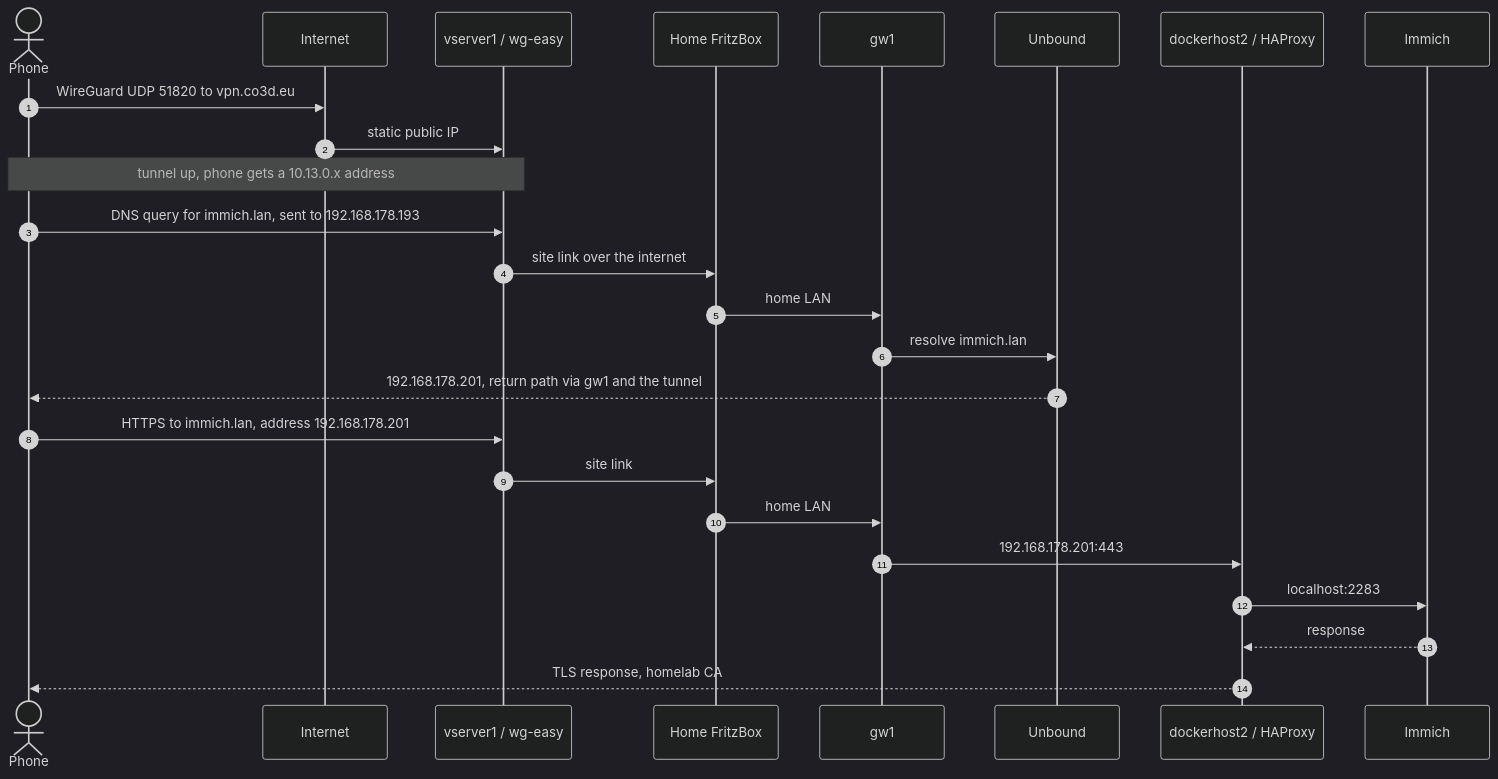
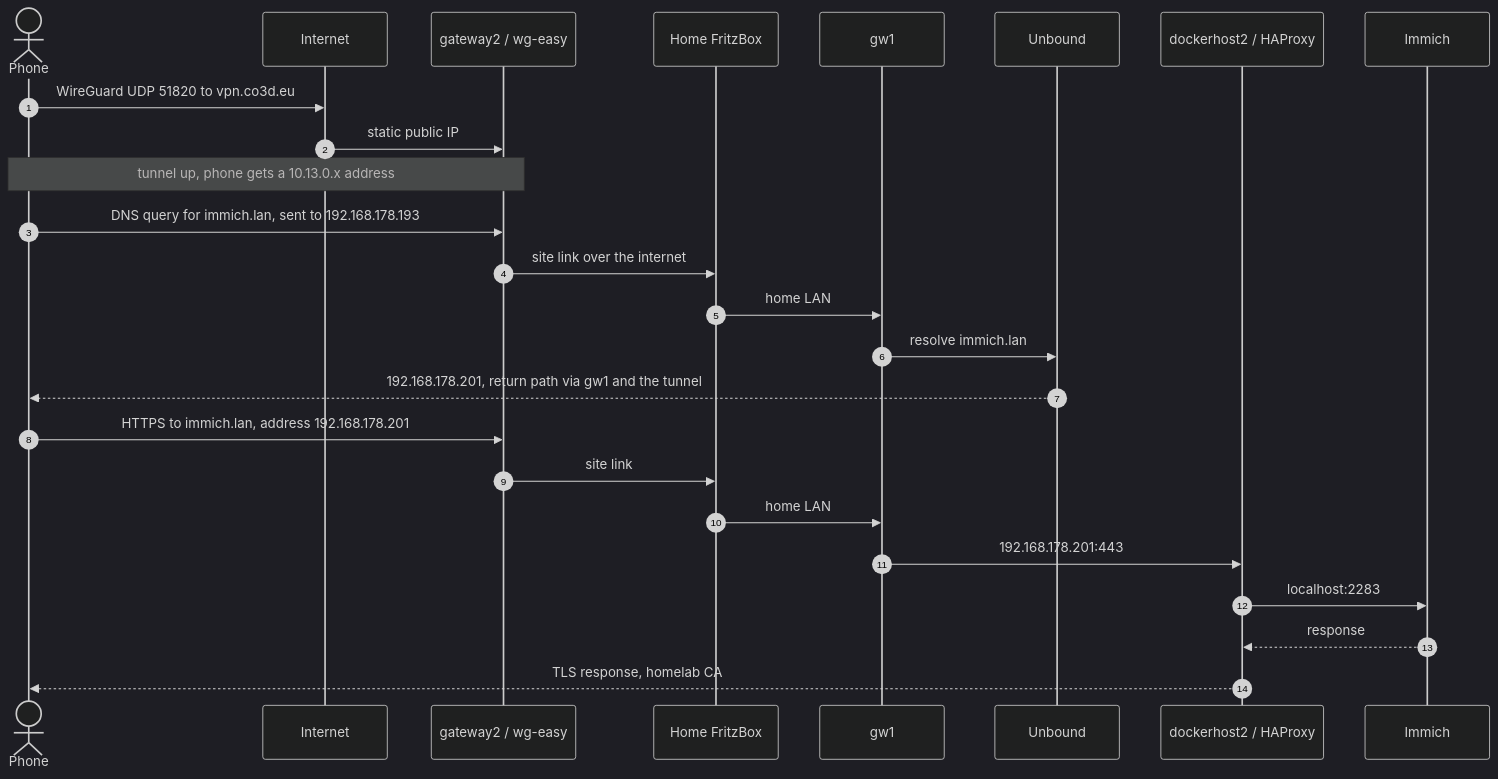
Before and after one commit to rocketpie/homelab: the second of 5 diagrams in context/guides/network/design.md, drawn with Mermaid (dark theme). The commit also changed other lines of this file and 15 other files, not shown here.

````diff
--- a/context/guides/network/design.md
+++ b/context/guides/network/design.md
@@ -100,28 +100,28 @@
 ```mermaid
 sequenceDiagram
     autonumber
     actor Phone
     participant Net as Internet
-    participant VS as vserver1 / wg-easy
+    participant VS as gateway2 / wg-easy
     participant FB as Home FritzBox
     participant GW as gw1
     participant DNS as Unbound
     participant DH as dockerhost2 / HAProxy
     participant App as Immich
 
     Phone->>Net: WireGuard UDP 51820 to vpn.co3d.eu
     Net->>VS: static public IP
     Note over Phone,VS: tunnel up, phone gets a 10.13.0.x address
     Phone->>VS: DNS query for immich.lan, sent to 192.168.178.193
     VS->>FB: site link over the internet
     FB->>GW: home LAN
     GW->>DNS: resolve immich.lan
     DNS-->>Phone: 192.168.178.201, return path via gw1 and the tunnel
     Phone->>VS: HTTPS to immich.lan, address 192.168.178.201
     VS->>FB: site link
     FB->>GW: home LAN
     GW->>DH: 192.168.178.201:443
     DH->>App: localhost:2283
     App-->>DH: response
     DH-->>Phone: TLS response, homelab CA
 ```
````
